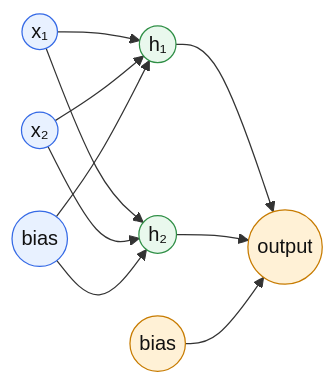
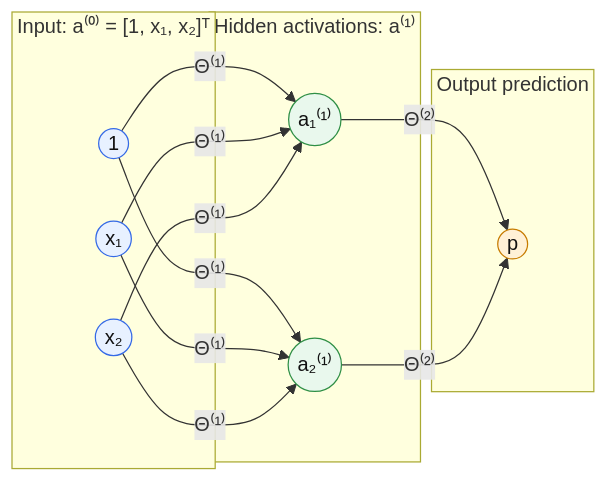
The first of 2 diagrams in README.md (weifengsiew/neural-networks-from-scratch), drawn with Mermaid before and after one commit.

Commit message:
Align network diagram notation with README

````diff
--- a/README.md
+++ b/README.md
@@ -69,19 +69,31 @@
 ```mermaid
 flowchart LR
-    x1((x₁)) --> h1((h₁))
-    x1 --> h2((h₂))
-    x2((x₂)) --> h1
-    x2 --> h2
-    b1((bias)) --> h1
-    b1 --> h2
-    h1 --> o((output))
-    h2 --> o
-    b2((bias)) --> o
+    subgraph input["Input: a⁽⁰⁾ = [1, x₁, x₂]ᵀ"]
+        b0((1))
+        x1((x₁))
+        x2((x₂))
+    end
+    subgraph hidden["Hidden activations: a⁽¹⁾"]
+        h1((a₁⁽¹⁾))
+        h2((a₂⁽¹⁾))
+    end
+    subgraph output["Output prediction"]
+        o((p))
+    end
+
+    b0 -->|Θ⁽¹⁾| h1
+    b0 -->|Θ⁽¹⁾| h2
+    x1 -->|Θ⁽¹⁾| h1
+    x1 -->|Θ⁽¹⁾| h2
+    x2 -->|Θ⁽¹⁾| h1
+    x2 -->|Θ⁽¹⁾| h2
+    h1 -->|Θ⁽²⁾| o
+    h2 -->|Θ⁽²⁾| o
 
     classDef input fill:#e8f1ff,stroke:#356ae6,color:#111;
     classDef hidden fill:#e9f8ed,stroke:#2f8f46,color:#111;
     classDef output fill:#fff1d6,stroke:#c77b00,color:#111;
-    class x1,x2,b1 input;
+    class x1,x2,b0 input;
     class h1,h2 hidden;
-    class o,b2 output;
+    class o output;
 ```
````
